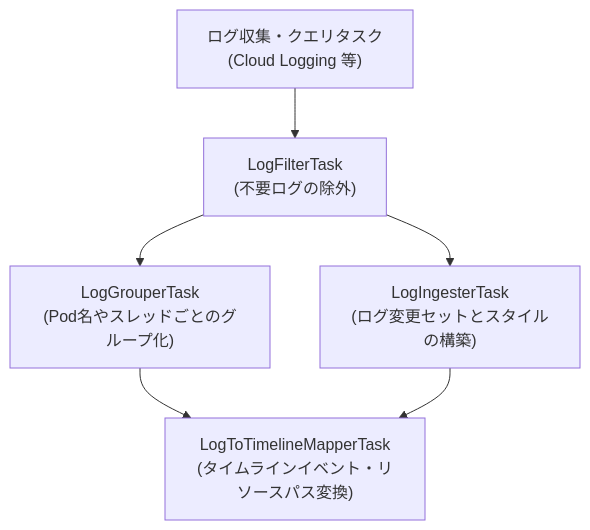
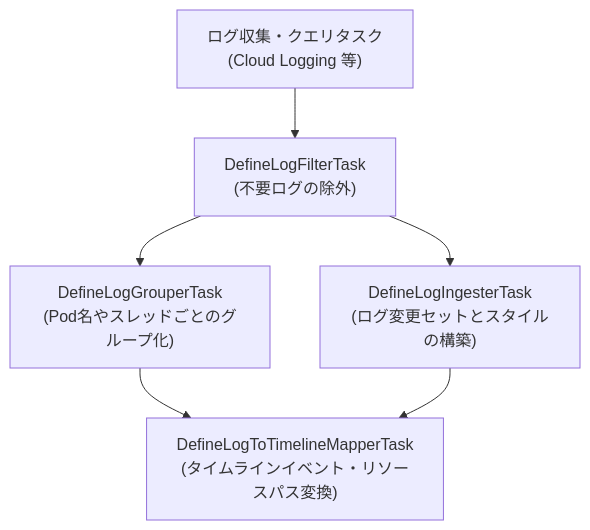
One commit to GoogleCloudPlatform/khi changed the diagram in docs/ja/task-system/02-log-processing-cookbook.md. Above: the diagram before and after it, drawn with Mermaid. The commit also changed other lines of this file and 398 other files, not shown here.

````diff
--- a/docs/ja/task-system/02-log-processing-cookbook.md
+++ b/docs/ja/task-system/02-log-processing-cookbook.md
@@ -23,14 +23,14 @@
 ```mermaid
 flowchart TD
     Fetch["ログ収集・クエリタスク<br>(Cloud Logging 等)"]
-    Filter["LogFilterTask<br>(不要ログの除外)"]
-    Grouper["LogGrouperTask<br>(Pod名やスレッドごとのグループ化)"]
-    Ingester["LogIngesterTask<br>(ログ変更セットとスタイルの構築)"]
-    Mapper["LogToTimelineMapperTask<br>(タイムラインイベント・リソースパス変換)"]
+    Filter["DefineLogFilterTask<br>(不要ログの除外)"]
+    Grouper["DefineLogGrouperTask<br>(Pod名やスレッドごとのグループ化)"]
+    Ingester["DefineLogIngesterTask<br>(ログ変更セットとスタイルの構築)"]
+    Mapper["DefineLogToTimelineMapperTask<br>(タイムラインイベント・リソースパス変換)"]
 
     Fetch --> Filter
     Filter --> Grouper
     Filter --> Ingester
     Grouper --> Mapper
     Ingester --> Mapper
 ```
````
